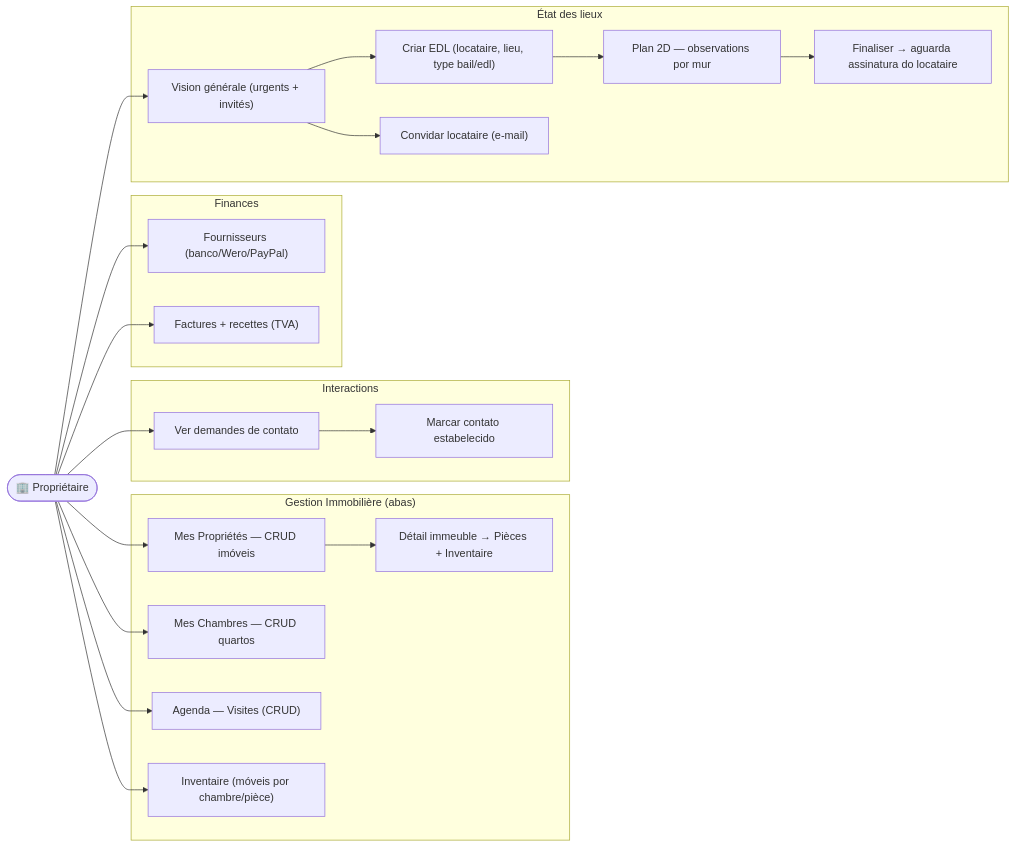
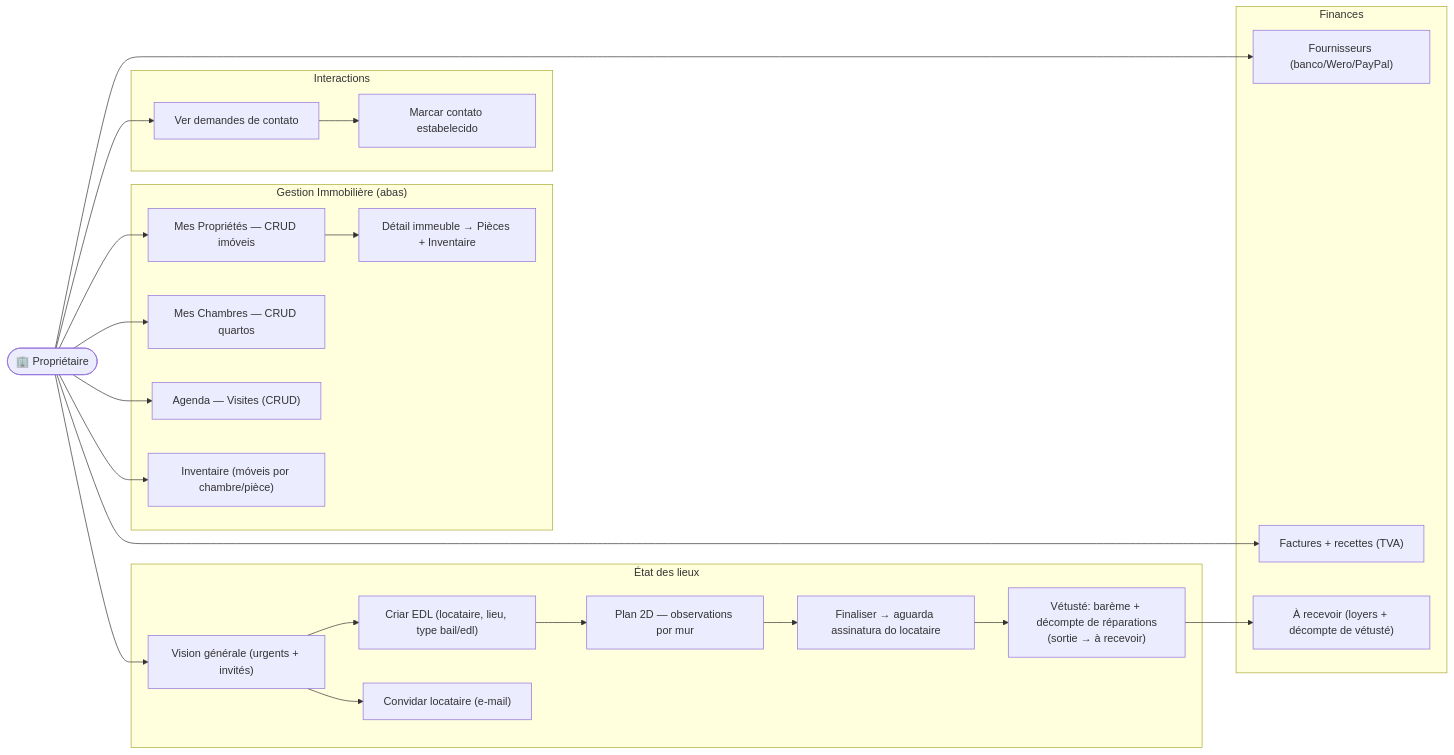
One commit to rhayonne/lacoloc changed the third of 4 diagrams in diagrams/01_casos_de_uso.md. Above: the diagram before and after it, drawn with Mermaid. The commit also changed 89 other files, not shown here.

````diff
--- a/diagrams/01_casos_de_uso.md
+++ b/diagrams/01_casos_de_uso.md
@@ -106,37 +106,40 @@
 ```mermaid
 flowchart LR
     P(["🏢 Propriétaire"])
 
     subgraph Patrimoine["Gestion Immobilière (abas)"]
         M1["Mes Propriétés — CRUD imóveis"]
         M2["Mes Chambres — CRUD quartos"]
         M3["Agenda — Visites (CRUD)"]
         M4["Inventaire (móveis por chambre/pièce)"]
         M5["Détail immeuble → Pièces + Inventaire"]
     end
 
     subgraph Interactions
         I1["Ver demandes de contato"]
         I3["Marcar contato estabelecido"]
     end
 
     subgraph Finances
         F1["Fournisseurs (banco/Wero/PayPal)"]
         F2["Factures + recettes (TVA)"]
+        F3["À recevoir (loyers + décompte de vétusté)"]
     end
 
     subgraph EDL["État des lieux"]
         E1["Vision générale (urgents + invités)"]
         E2["Criar EDL (locataire, lieu, type bail/edl)"]
         E3["Plan 2D — observations por mur"]
         E4["Convidar locataire (e-mail)"]
         E5["Finaliser → aguarda assinatura do locataire"]
+        E6["Vétusté: barème + décompte de réparations\n(sortie → à recevoir)"]
     end
 
     P --> M1 & M2 & M3 & M4
     M1 --> M5
     P --> I1 --> I3
     P --> F1 & F2
     P --> E1 --> E2 --> E3 --> E5
     E1 --> E4
+    E5 --> E6 --> F3
 ```
````
